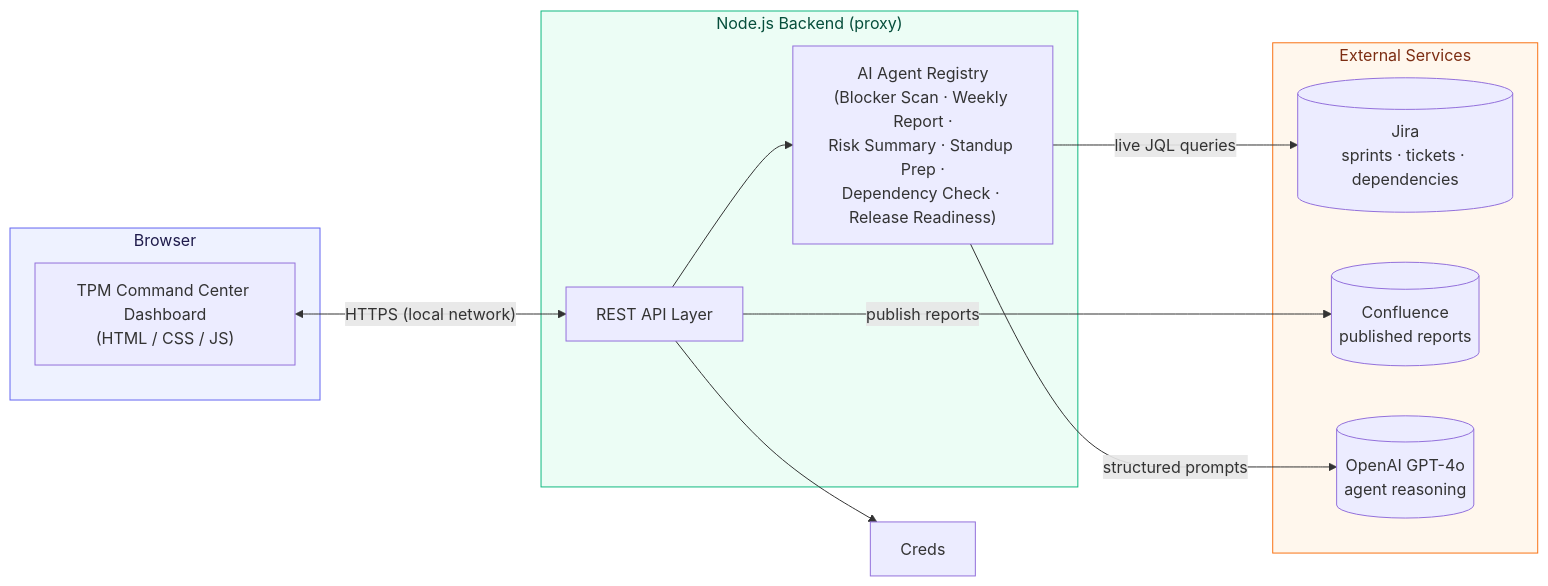
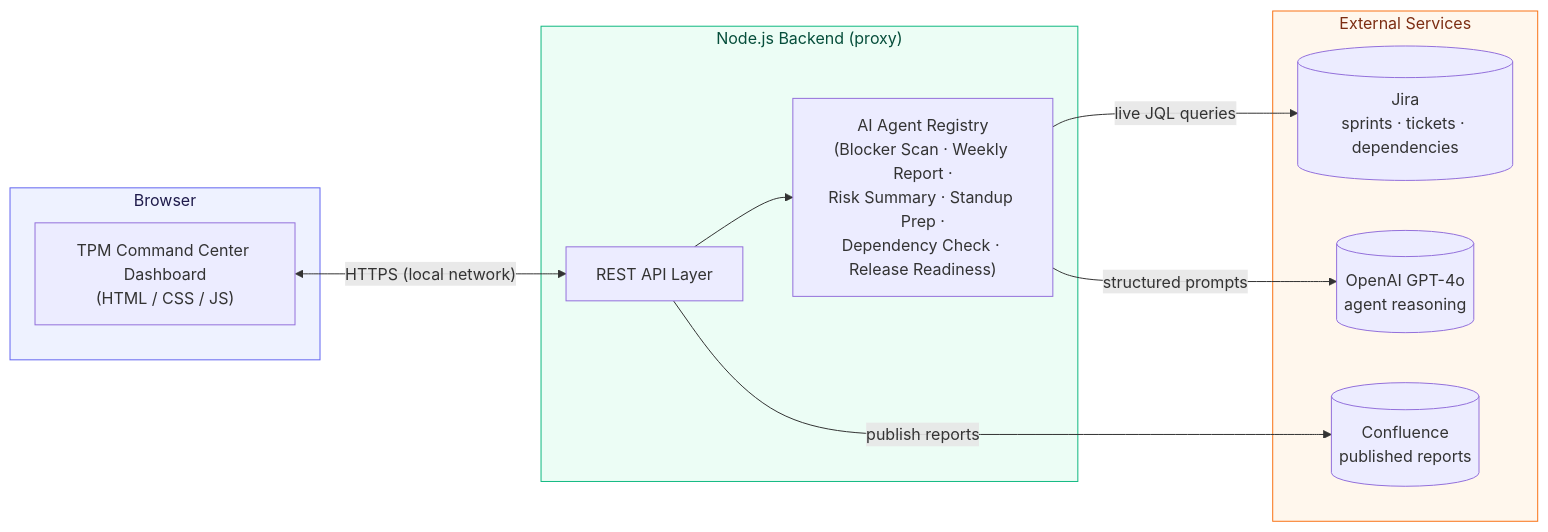
The diagram in README.md (Himanshu-Rao-AI/Program_Management_AI_Command_Center), drawn with Mermaid before and after one commit.

Commit message:
Remove API to Creds connection from README
Removed the connection from API to Creds in the architecture diagram.

````diff
--- a/README.md
+++ b/README.md
@@ -33,29 +33,28 @@
 ```mermaid
 flowchart LR
     subgraph Client["Browser"]
         UI["TPM Command Center Dashboard<br/>(HTML / CSS / JS)"]
     end
 
     subgraph Server["Node.js Backend (proxy)"]
         API["REST API Layer"]
         Agents["AI Agent Registry<br/>(Blocker Scan · Weekly Report ·<br/>Risk Summary · Standup Prep ·<br/>Dependency Check · Release Readiness)"]
         
     end
 
     subgraph External["External Services"]
         Jira[("Jira<br/>sprints · tickets · dependencies")]
         Confluence[("Confluence<br/>published reports")]
         OpenAI[("OpenAI GPT-4o<br/>agent reasoning")]
     end
 
     UI <-->|"HTTPS (local network)"| API
     API --> Agents
-    API --> Creds
     Agents -->|"live JQL queries"| Jira
     API -->|"publish reports"| Confluence
     Agents -->|"structured prompts"| OpenAI
 
     style Client fill:#eef2ff,stroke:#6366f1,color:#1e1b4b
     style Server fill:#ecfdf5,stroke:#10b981,color:#064e3b
     style External fill:#fff7ed,stroke:#f97316,color:#7c2d12
 ```
````
